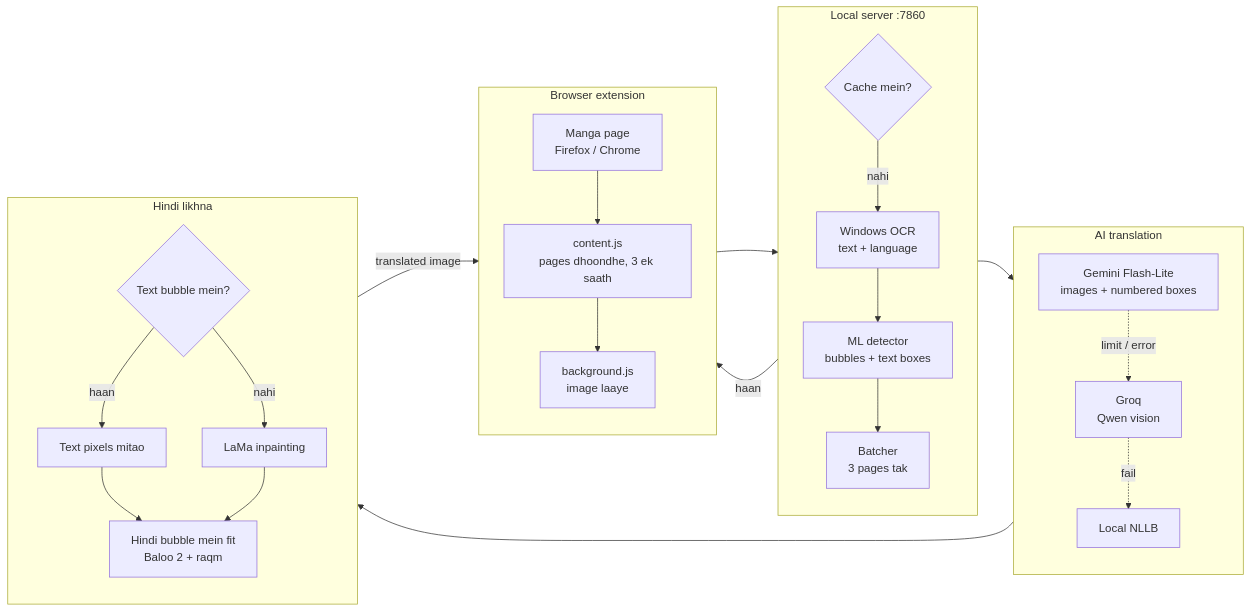
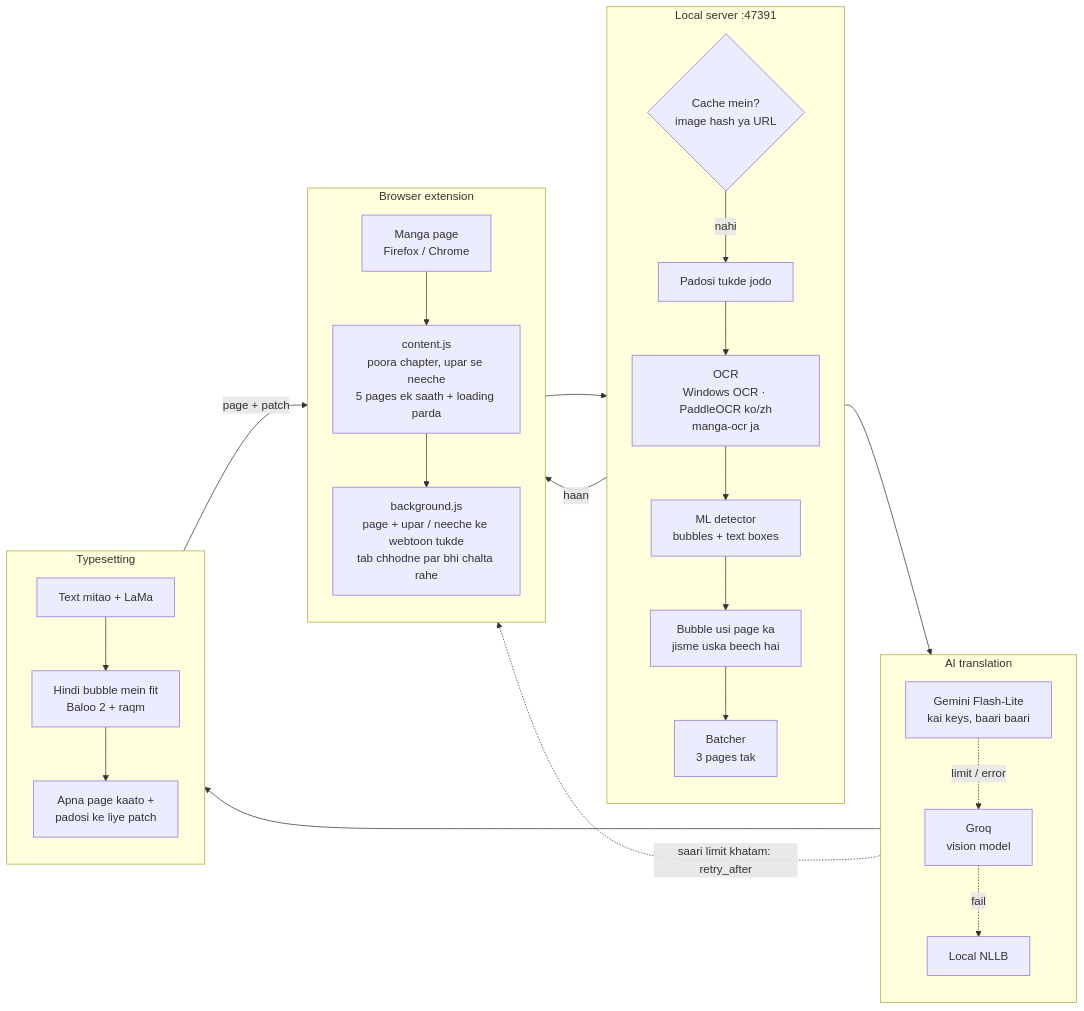
Before and after one commit to jitendra205saini/Manga-Translator: the diagram in README.hinglish.md, drawn with Mermaid. The commit also changed other lines of this file and 16 other files, not shown here.

Commit message:
v2.7.0: webtoon ke kate bubble poore (padosi tukde saath), naya port 47391, README mein webtoon before/after aur naya flowchart

````diff
--- a/README.hinglish.md
+++ b/README.hinglish.md
@@ -69,35 +83,36 @@
 ```mermaid
 flowchart LR
     subgraph B[Browser extension]
         direction TB
-        B1[Manga page<br/>Firefox / Chrome] --> B2[content.js<br/>pages dhoondhe, 3 ek saath]
-        B2 --> B3[background.js<br/>image laaye]
+        B1[Manga page<br/>Firefox / Chrome] --> B2[content.js<br/>poora chapter, upar se neeche<br/>5 pages ek saath + loading parda]
+        B2 --> B3[background.js<br/>page + upar / neeche ke webtoon tukde<br/>tab chhodne par bhi chalta rahe]
     end
 
-    subgraph S[Local server :7860]
+    subgraph S[Local server :47391]
         direction TB
-        S1{Cache mein?} -->|nahi| S2[Windows OCR<br/>text + language]
-        S2 --> S3[ML detector<br/>bubbles + text boxes]
-        S3 --> S4[Batcher<br/>3 pages tak]
+        S1{Cache mein?<br/>image hash ya URL} -->|nahi| S2[Padosi tukde jodo]
+        S2 --> S3[OCR<br/>Windows OCR · PaddleOCR ko/zh<br/>manga-ocr ja]
+        S3 --> S4[ML detector<br/>bubbles + text boxes]
+        S4 --> S5[Bubble usi page ka<br/>jisme uska beech hai]
+        S5 --> S6[Batcher<br/>3 pages tak]
     end
 
     subgraph A[AI translation]
         direction TB
-        A1[Gemini Flash-Lite<br/>images + numbered boxes] -.->|limit / error| A2[Groq<br/>Qwen vision]
+        A1[Gemini Flash-Lite<br/>kai keys, baari baari] -.->|limit / error| A2[Groq<br/>vision model]
         A2 -.->|fail| A3[Local NLLB]
     end
 
-    subgraph R[Hindi likhna]
+    subgraph R[Typesetting]
         direction TB
-        R1{Text bubble mein?} -->|haan| R2[Text pixels mitao]
-        R1 -->|nahi| R3[LaMa inpainting]
-        R2 --> R4[Hindi bubble mein fit<br/>Baloo 2 + raqm]
-        R3 --> R4
+        R1[Text mitao + LaMa] --> R2[Hindi bubble mein fit<br/>Baloo 2 + raqm]
+        R2 --> R3[Apna page kaato +<br/>padosi ke liye patch]
     end
 
     B3 --> S1
-    S4 --> A1
+    S6 --> A1
     A1 --> R1
-    R4 -->|translated image| B1
-    S1 -->|haan| B1
+    R3 -->|page + patch| B2
+    S1 -->|haan| B2
+    A1 -.->|saari limit khatam: retry_after| B2
 ```
````
